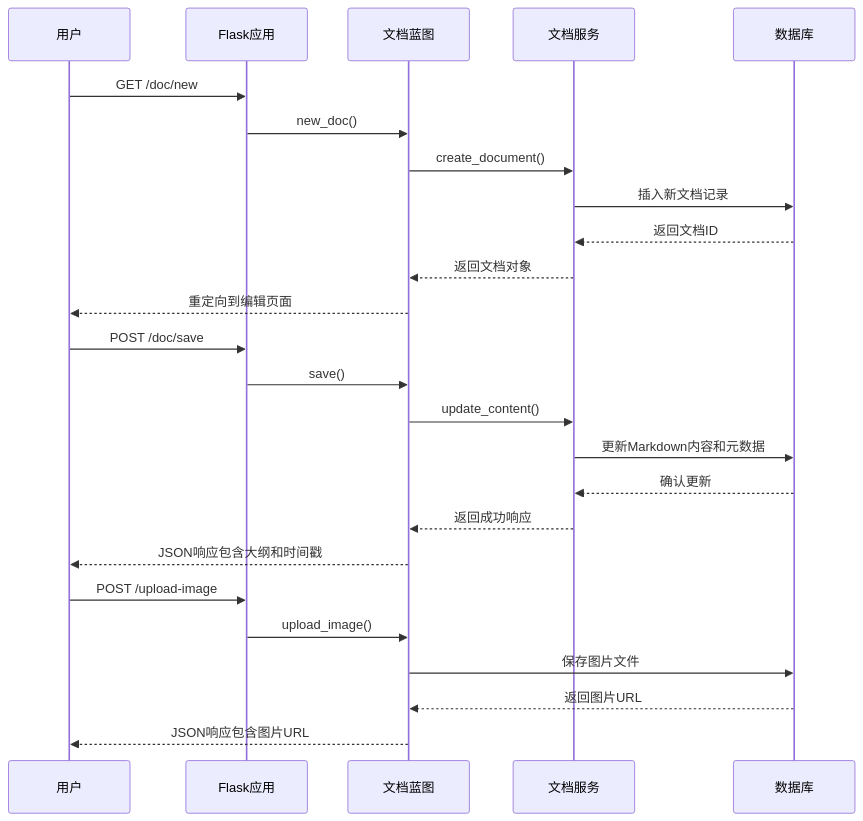
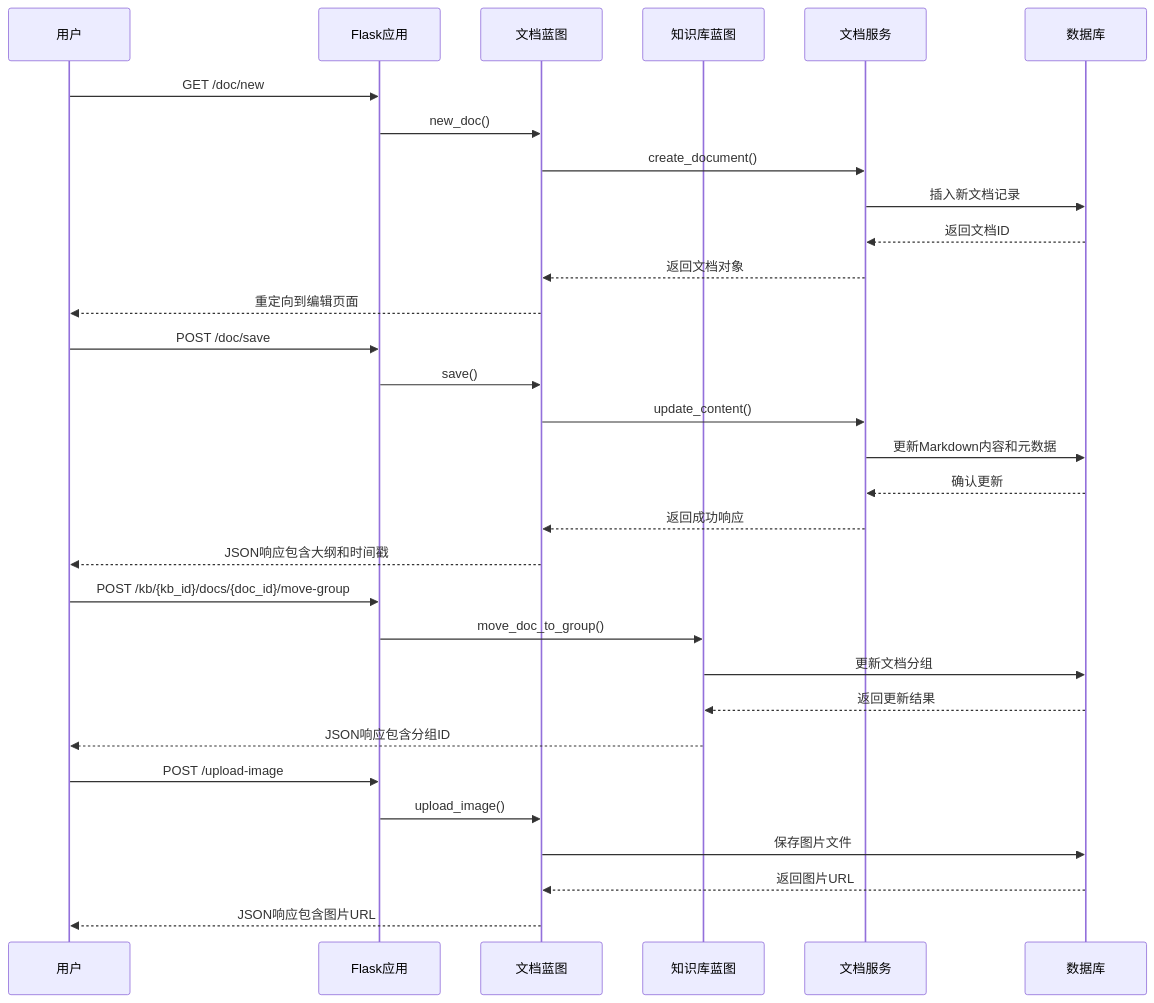
Before and after one commit to beyondalbert/my_wiki: the fifth of 18 diagrams in .qoder/repowiki/zh/content/架构设计/蓝图系统设计/文档蓝图 (Document Blueprint).md, drawn with Mermaid. The commit also changed other lines of this file and 5 other files, not shown here.

````diff
--- a/.qoder/repowiki/zh/content/架构设计/蓝图系统设计/文档蓝图 (Document Blueprint).md
+++ b/.qoder/repowiki/zh/content/架构设计/蓝图系统设计/文档蓝图 (Document Blueprint).md
@@ -316,27 +337,33 @@
 ```mermaid
 sequenceDiagram
 participant U as 用户
 participant A as Flask应用
 participant B as 文档蓝图
+participant C as 知识库蓝图
 participant S as 文档服务
 participant DB as 数据库
 U->>A : GET /doc/new
 A->>B : new_doc()
 B->>S : create_document()
 S->>DB : 插入新文档记录
 DB-->>S : 返回文档ID
 S-->>B : 返回文档对象
 B-->>U : 重定向到编辑页面
 U->>A : POST /doc/save
 A->>B : save()
 B->>S : update_content()
 S->>DB : 更新Markdown内容和元数据
 DB-->>S : 确认更新
 S-->>B : 返回成功响应
 B-->>U : JSON响应包含大纲和时间戳
+U->>A : POST /kb/{kb_id}/docs/{doc_id}/move-group
+A->>C : move_doc_to_group()
+C->>DB : 更新文档分组
+DB-->>C : 返回更新结果
+C-->>U : JSON响应包含分组ID
 U->>A : POST /upload-image
 A->>B : upload_image()
 B->>DB : 保存图片文件
 DB-->>B : 返回图片URL
 B-->>U : JSON响应包含图片URL
 ```
````
